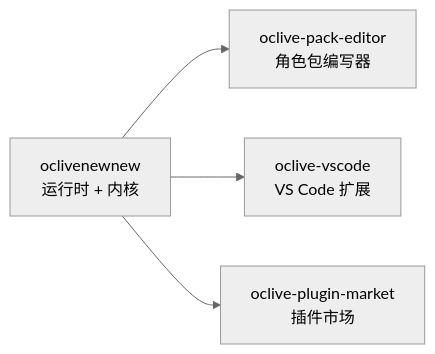
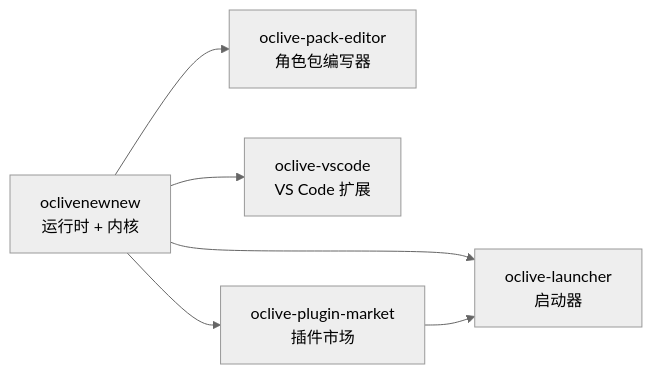
The second of 2 diagrams in README.md (linkaiheng2233-cyber/oclivenewnew), drawn with Mermaid (neutral theme) before and after one commit. The commit also changed other lines of this file, not shown here.

First line of the commit message:
docs: enrich README with distros, distribution, and roadmap

````diff
--- a/README.md
+++ b/README.md
@@ -194,10 +254,13 @@
 ```mermaid
 flowchart LR
   main[oclivenewnew<br/>运行时 + 内核]
   editor[oclive-pack-editor<br/>角色包编写器]
   vscode[oclive-vscode<br/>VS Code 扩展]
+  launcher[oclive-launcher<br/>启动器]
   market[oclive-plugin-market<br/>插件市场]
   main --> editor
   main --> vscode
+  main --> launcher
   main --> market
+  market --> launcher
 ```
````
